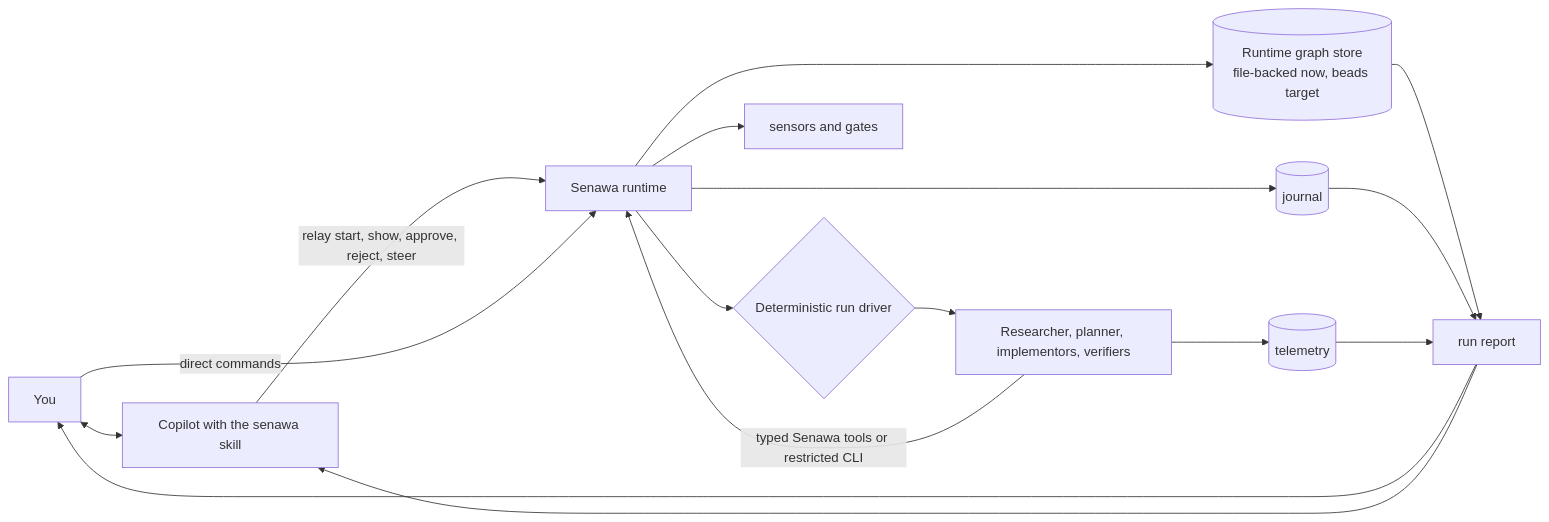
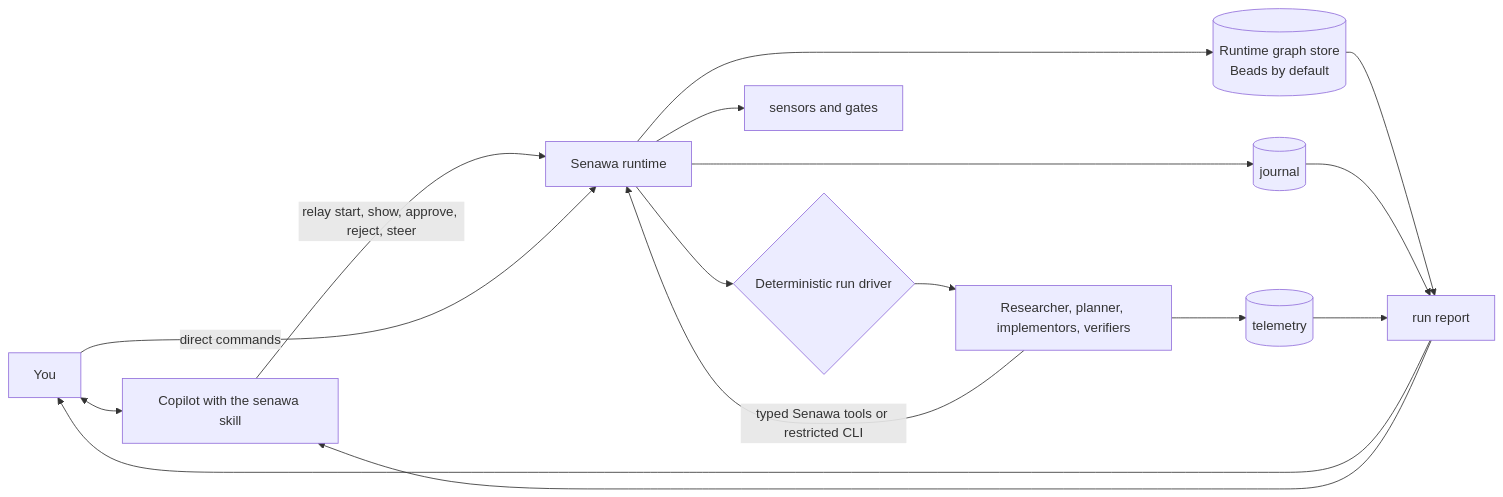
The diagram in README.md (dasiths/senawa), drawn with Mermaid before and after one commit. The commit also changed other lines of this file and 33 other files, not shown here.

First line of the commit message:
feat: make Beads the production runtime

````diff
--- a/README.md
+++ b/README.md
@@ -222,18 +233,18 @@
 ```mermaid
 flowchart LR
     H[You] <--> PA[Copilot with the senawa skill]
     PA -->|relay start, show, approve, reject, steer| S[Senawa runtime]
     H -->|direct commands| S
     S --> D{Deterministic run driver}
     D --> W[Researcher, planner, implementors, verifiers]
     W -->|typed Senawa tools or restricted CLI| S
-    S --> G[(Runtime graph store<br/>file-backed now, beads target)]
+    S --> G[(Runtime graph store<br/>Beads by default)]
     S --> SEN[sensors and gates]
     S --> J[(journal)]
     W --> T[(telemetry)]
     G --> RPT[run report]
     J --> RPT[run report]
     T --> RPT
     RPT --> H
     RPT --> PA
 ```
````
